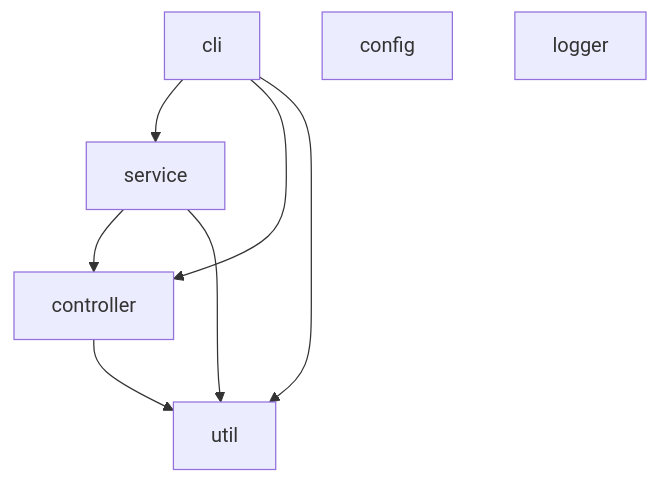
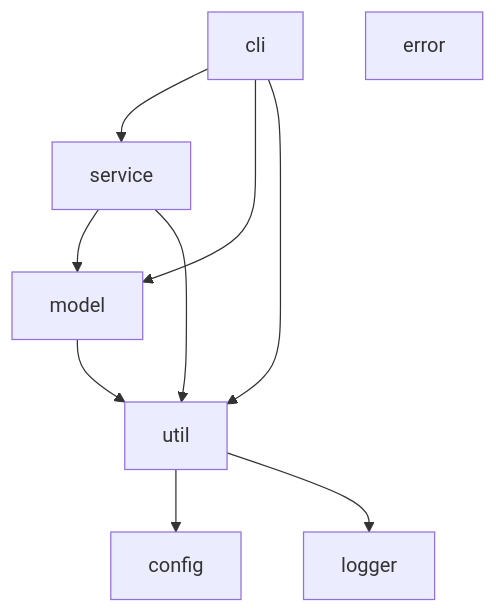
One commit to tuana9a/kp changed the diagram in README.md. Above: the diagram before and after it, drawn with Mermaid. The commit also changed other lines of this file and 26 other files, not shown here.

````diff
--- a/README.md
+++ b/README.md
@@ -36,11 +36,12 @@
 ```mermaid
 graph TD;
   cli-->service;
-  cli-->controller;
-  service-->controller;
+  cli-->model;
+  service-->model;
   service-->util;
   cli-->util;
-  controller-->util;
-  config;
-  logger;
+  model-->util;
+  util-->config;
+  util-->logger;
+  error;
 ```
````
